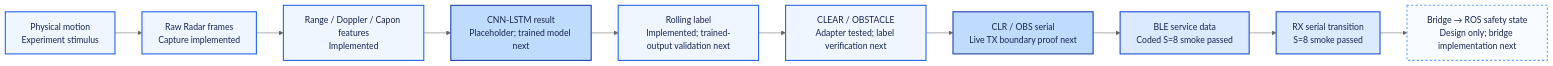
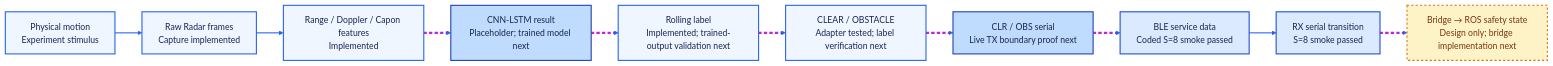
Diagram 17 of 21 in docs/architecture/system/progress.md (kirolossedra/RIS-Robotics), drawn with Mermaid (neutral theme) before and after one commit. The commit also changed other lines of this file, not shown here.

````diff
--- a/docs/architecture/system/progress.md
+++ b/docs/architecture/system/progress.md
@@ -316,20 +373,22 @@
 ```mermaid
 flowchart LR
     PHYS["Physical motion<br/>Experiment stimulus"] --> FRAME["Raw Radar frames<br/>Capture implemented"]
     FRAME --> FEATURES["Range / Doppler / Capon features<br/>Implemented"] --> INFER["CNN-LSTM result<br/>Placeholder; trained model next"]
     INFER --> VOTE["Rolling label<br/>Implemented; trained-output validation next"]
     VOTE --> SEMANTIC["CLEAR / OBSTACLE<br/>Adapter tested; label verification next"]
     SEMANTIC --> SERIAL["CLR / OBS serial<br/>Live TX boundary proof next"]
     SERIAL --> BLE["BLE service data<br/>Coded S=8 smoke passed"]
     BLE --> RX["RX serial transition<br/>S=8 smoke passed"]
     RX --> FUTURE["Bridge → ROS safety state<br/>Design only; bridge implementation next"]
 
     classDef pass fill:#dbeafe,stroke:#1d4ed8,color:#172554,stroke-width:2px;
     classDef work fill:#eff6ff,stroke:#2563eb,color:#172554,stroke-width:2px;
     classDef blocked fill:#bfdbfe,stroke:#1e40af,color:#172554,stroke-width:2px;
-    classDef planned fill:#f8fbff,stroke:#60a5fa,color:#172554,stroke-width:2px,stroke-dasharray:4 4;
+    classDef planned fill:#fef3c7,stroke:#d97706,color:#78350f,stroke-width:2px,stroke-dasharray:4 4;
     class BLE,RX pass;
     class PHYS,FRAME,FEATURES,VOTE,SEMANTIC work;
     class INFER,SERIAL blocked;
     class FUTURE planned;
+    linkStyle default stroke:#2563eb,stroke-width:2px;
+    linkStyle 2,3,4,5,6,8 stroke:#c026d3,stroke-width:4px,stroke-dasharray:6 4;
 ```
````
